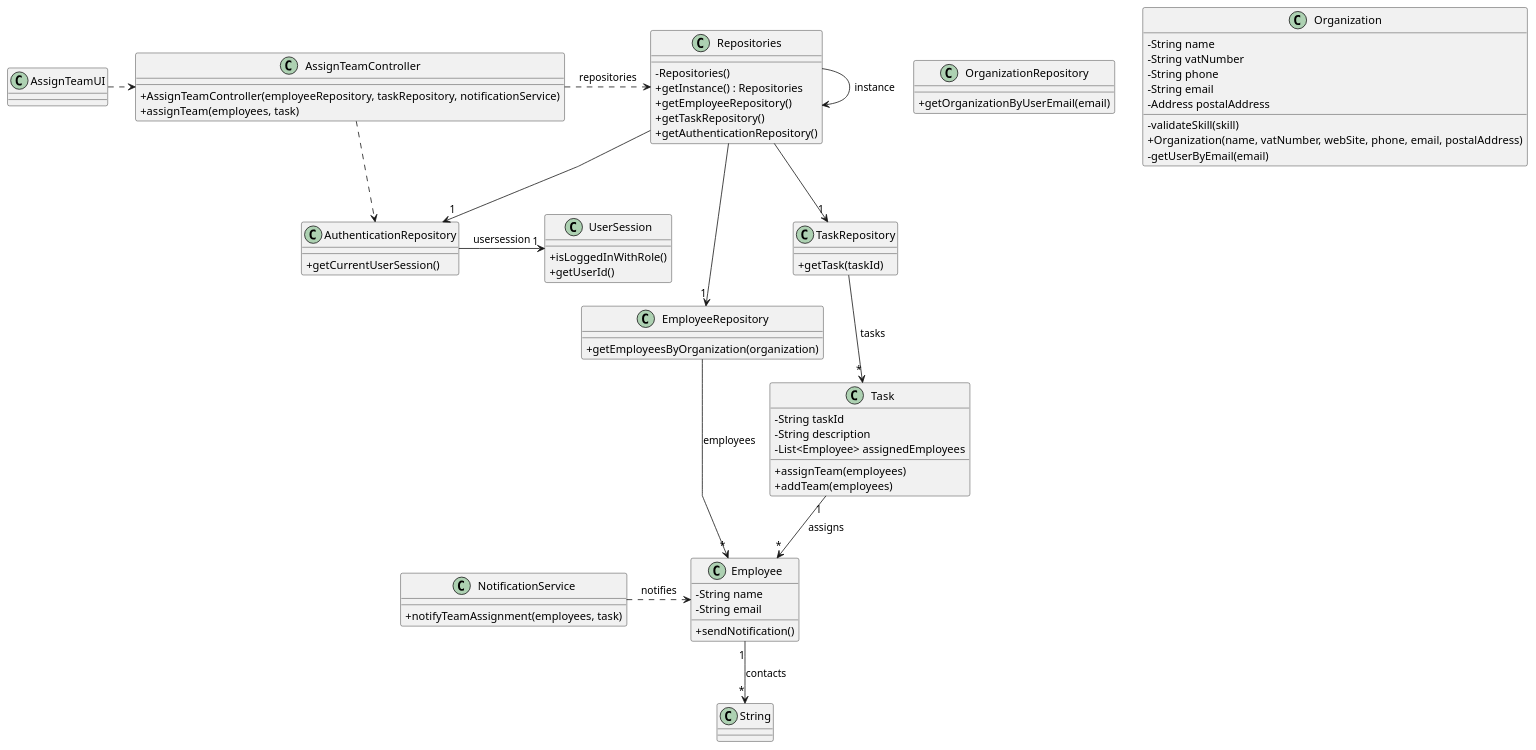
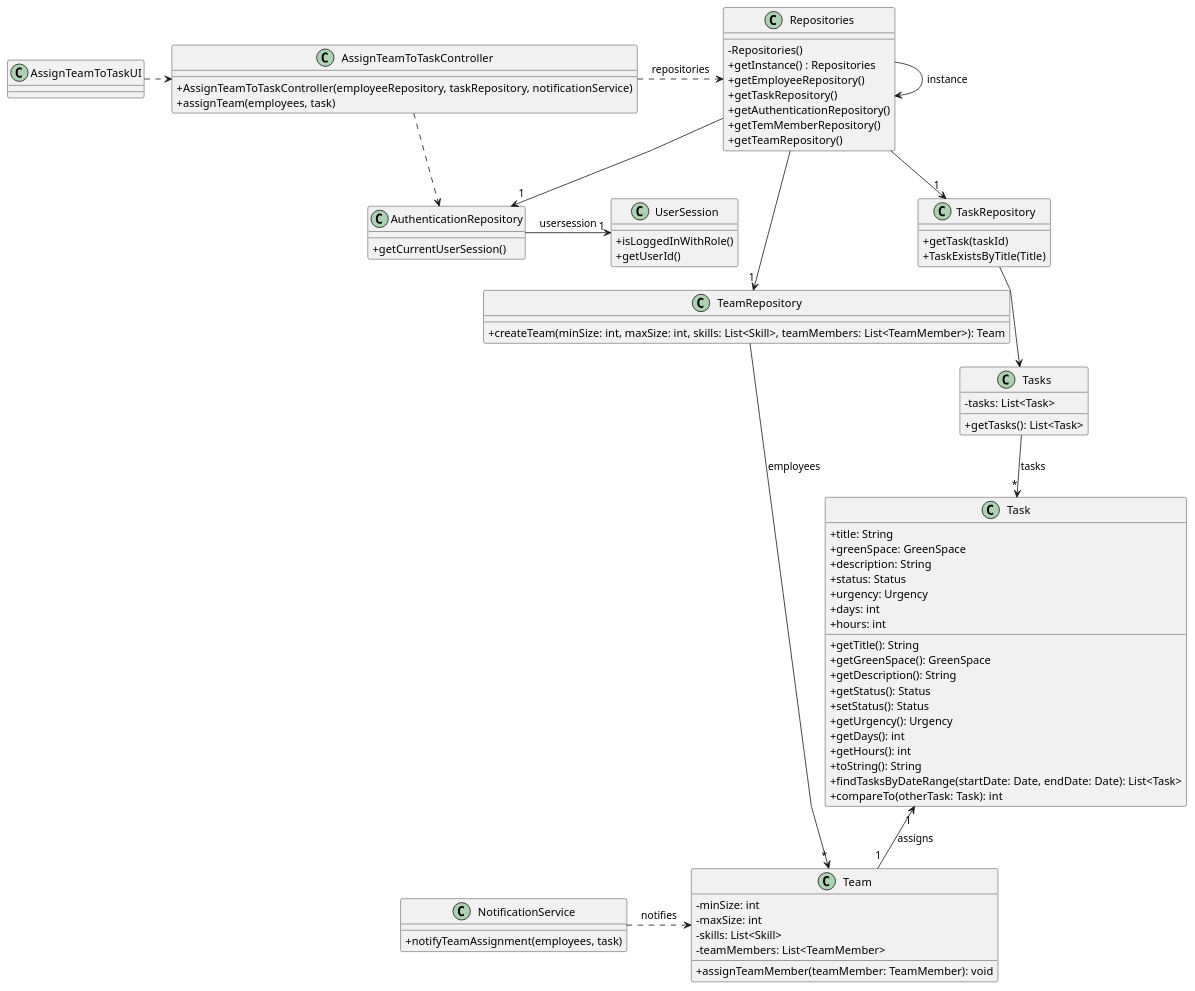
The diagram in docs/sprintC/us0023/03.design/puml/us23-class-diagram.puml (Mendoncaa/LAPR2), drawn with PlantUML before and after one commit. The commit also changed 14 other files, not shown here.

```diff
--- a/docs/sprintC/us0023/03.design/puml/us23-class-diagram.puml
+++ b/docs/sprintC/us0023/03.design/puml/us23-class-diagram.puml
@@ -1,94 +1,132 @@
 @startuml
 'skinparam monochrome true
 skinparam packageStyle rectangle
 skinparam shadowing false
 skinparam linetype polyline
 'skinparam linetype orto
 
 skinparam classAttributeIconSize 0
 
 'left to right direction
 
-class AssignTeamUI {
+class AssignTeamToTaskUI {
 }
 
-class AssignTeamController {
-    + AssignTeamController(employeeRepository, taskRepository, notificationService)
+class AssignTeamToTaskController {
+    + AssignTeamToTaskController(employeeRepository, taskRepository, notificationService)
     + assignTeam(employees, task)
 }
 
 class Repositories {
     - Repositories()
     + getInstance() : Repositories
     + getEmployeeRepository()
     + getTaskRepository()
     + getAuthenticationRepository()
+    + getTemMemberRepository()
+    + getTeamRepository()
 }
 
 class AuthenticationRepository {
     + getCurrentUserSession()
 }
 
+
 class UserSession {
     + isLoggedInWithRole()
     + getUserId()
 }
 
-class EmployeeRepository {
-    + getEmployeesByOrganization(organization)
+class TeamRepository {
+    + createTeam(minSize: int, maxSize: int, skills: List<Skill>, teamMembers: List<TeamMember>): Team
 }
 
-class OrganizationRepository {
-    + getOrganizationByUserEmail(email)
+class Team {
+    - minSize: int
+    - maxSize: int
+    - skills: List<Skill>
+    - teamMembers: List<TeamMember>
+    + assignTeamMember(teamMember: TeamMember): void
 }
 
-class Organization {
-    - String name
-    - String vatNumber
-    - String phone
-    - String email
-    - Address postalAddress
-    - validateSkill(skill)
-    + Organization(name, vatNumber, webSite, phone, email, postalAddress)
-    - getUserByEmail(email)
-}
+'class EmployeeRepository {
+'    + getEmployeesByOrganization(organization)
+'}
+
+'class OrganizationRepository {
+'    + getOrganizationByUserEmail(email)
+'}
+
+'class Organization {
+'    - String name
+'    - String vatNumber
+'    - String phone
+'    - String email
+'    - Address postalAddress
+'    - validateSkill(skill)
+'    + Organization(name, vatNumber, webSite, phone, email, postalAddress)
+'    - getUserByEmail(email)
+'}
 
 class TaskRepository {
     + getTask(taskId)
 }
 
+class TaskRepository {
+  +TaskExistsByTitle(Title)
+}
+
+class Tasks {
+  -tasks: List<Task>
+  +getTasks(): List<Task>
+}
+
 class Task {
-    - String taskId
-    - String description
-    - List<Employee> assignedEmployees
-    + assignTeam(employees)
-    + addTeam(employees)
+    + title: String
+    + greenSpace: GreenSpace
+    + description: String
+    + status: Status
+    + urgency: Urgency
+    + days: int
+    + hours: int
+    + getTitle(): String
+    + getGreenSpace(): GreenSpace
+    + getDescription(): String
+    + getStatus(): Status
+    + setStatus(): Status
+    + getUrgency(): Urgency
+    + getDays(): int
+    + getHours(): int
+    + toString(): String
+    + findTasksByDateRange(startDate: Date, endDate: Date): List<Task>
+    + compareTo(otherTask: Task): int
 }
 
 class NotificationService {
     + notifyTeamAssignment(employees, task)
 }
 
-class Employee {
-    - String name
-    - String email
-    + sendNotification()
-}
+'class Employee {
+'    - String name
+'    - String email
+'    + sendNotification()
+'}
 
 
 
 Repositories -> Repositories : instance
-AssignTeamUI .> AssignTeamController
-AssignTeamController .> Repositories : repositories
-Repositories --> "1" EmployeeRepository
-EmployeeRepository --> "*" Employee : employees
+AssignTeamToTaskUI .> AssignTeamToTaskController
+AssignTeamToTaskController .> Repositories : repositories
+Repositories --> "1" TeamRepository
+TeamRepository --> "*" Team : employees
 AuthenticationRepository -> "1" UserSession : usersession
 Repositories --> "1" AuthenticationRepository
 Repositories --> "1" TaskRepository
-TaskRepository --> "*" Task : tasks
-Task "1" --> "*" Employee : assigns
-AssignTeamController .> AuthenticationRepository
-Employee "1" --> "*" String : contacts
-NotificationService .> Employee : notifies
+Tasks --> "*" Task : tasks
+TaskRepository --> Tasks
+Task "1" <-- "1" Team : assigns
+AssignTeamToTaskController .> AuthenticationRepository
+NotificationService .> Team : notifies
+
 
 @enduml
```
